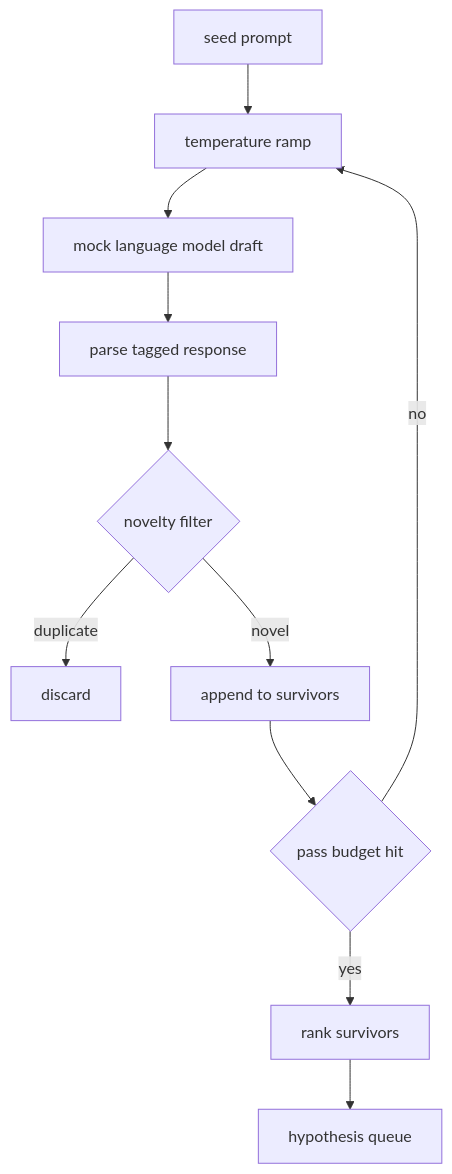
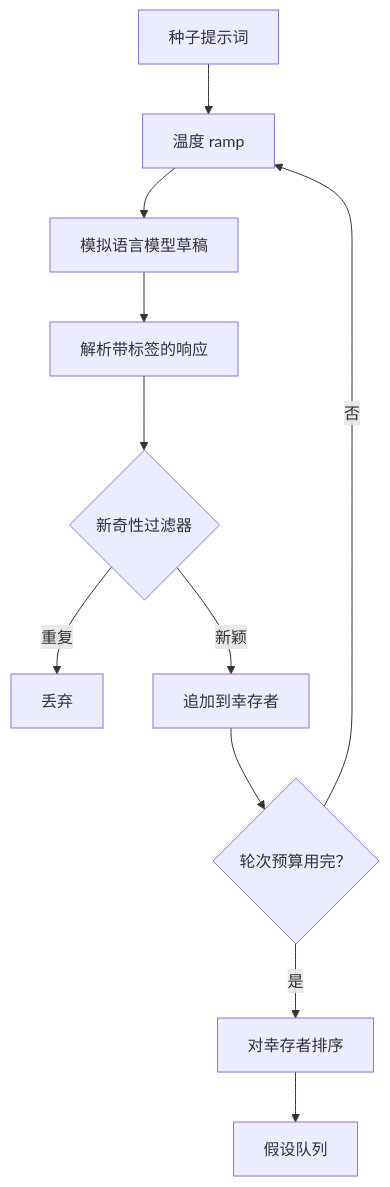
Before and after one commit to guangningsun/ailearning: the diagram in lessons/19-capstone-projects/50-hypothesis-generator/docs/zh.md, drawn with Mermaid. The commit also changed other lines of this file and 85 other files, not shown here.

````diff
--- a/lessons/19-capstone-projects/50-hypothesis-generator/docs/zh.md
+++ b/lessons/19-capstone-projects/50-hypothesis-generator/docs/zh.md
@@ -46,13 +47,13 @@
 ```mermaid
 flowchart TD
-    A[seed prompt] --> B[temperature ramp]
-    B --> C[mock language model draft]
-    C --> D[parse tagged response]
-    D --> E{novelty filter}
-    E -- duplicate --> F[discard]
-    E -- novel --> G[append to survivors]
-    G --> H{pass budget hit}
-    H -- no --> B
-    H -- yes --> I[rank survivors]
-    I --> J[hypothesis queue]
+    A[种子提示词] --> B[温度 ramp]
+    B --> C[模拟语言模型草稿]
+    C --> D[解析带标签的响应]
+    D --> E{新奇性过滤器}
+    E -- 重复 --> F[丢弃]
+    E -- 新颖 --> G[追加到幸存者]
+    G --> H{轮次预算用完？}
+    H -- 否 --> B
+    H -- 是 --> I[对幸存者排序]
+    I --> J[假设队列]
 ```
````
